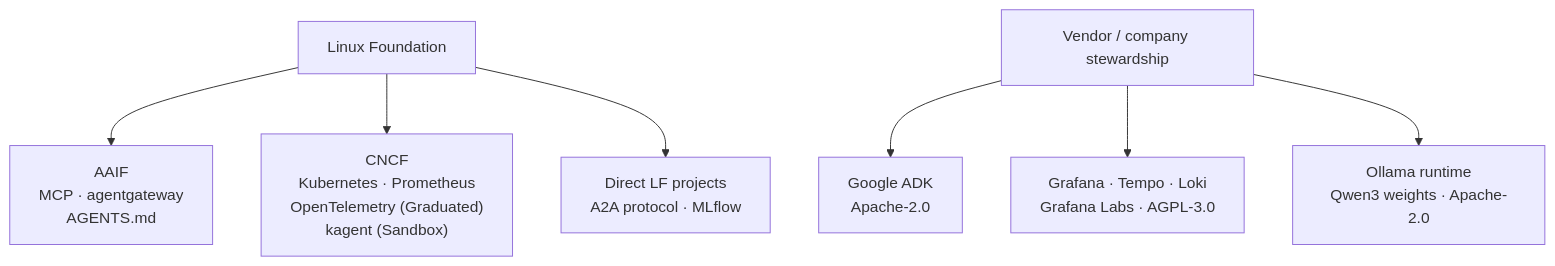
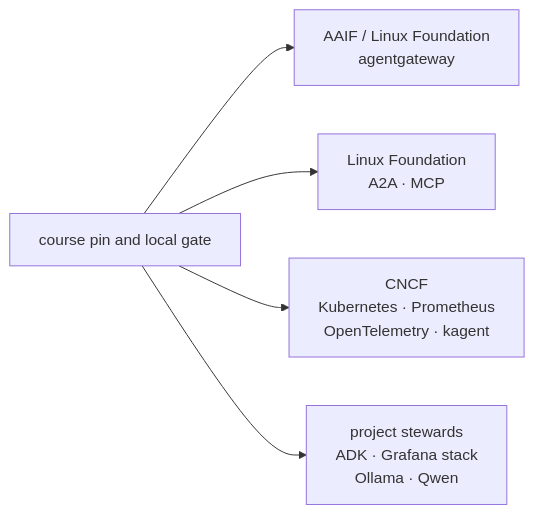
Before and after one commit to LuiGGi629/agentops-open-course: the diagram in content/8. Community/8.6. AAIF.md, drawn with Mermaid. The commit also changed other lines of this file and 87 other files, not shown here.

````diff
--- a/content/8. Community/8.6. AAIF.md
+++ b/content/8. Community/8.6. AAIF.md
@@ -92,11 +57,7 @@
 ```mermaid
-flowchart TD
-    LF["Linux Foundation"]
-    LF --> AAIF["AAIF<br/>MCP · agentgateway<br/>AGENTS.md"]
-    LF --> CNCF["CNCF<br/>Kubernetes · Prometheus<br/>OpenTelemetry (Graduated)<br/>kagent (Sandbox)"]
-    LF --> Direct["Direct LF projects<br/>A2A protocol · MLflow"]
-    Vendor["Vendor / company stewardship"]
-    Vendor --> ADK["Google ADK<br/>Apache-2.0"]
-    Vendor --> Graf["Grafana · Tempo · Loki<br/>Grafana Labs · AGPL-3.0"]
-    Vendor --> Run["Ollama runtime<br/>Qwen3 weights · Apache-2.0"]
+flowchart LR
+    Course["course pin and local gate"] --> AAIF["AAIF / Linux Foundation<br/>agentgateway"]
+    Course --> LF["Linux Foundation<br/>A2A · MCP"]
+    Course --> CNCF["CNCF<br/>Kubernetes · Prometheus<br/>OpenTelemetry · kagent"]
+    Course --> Vendor["project stewards<br/>ADK · Grafana stack<br/>Ollama · Qwen"]
 ```
````
